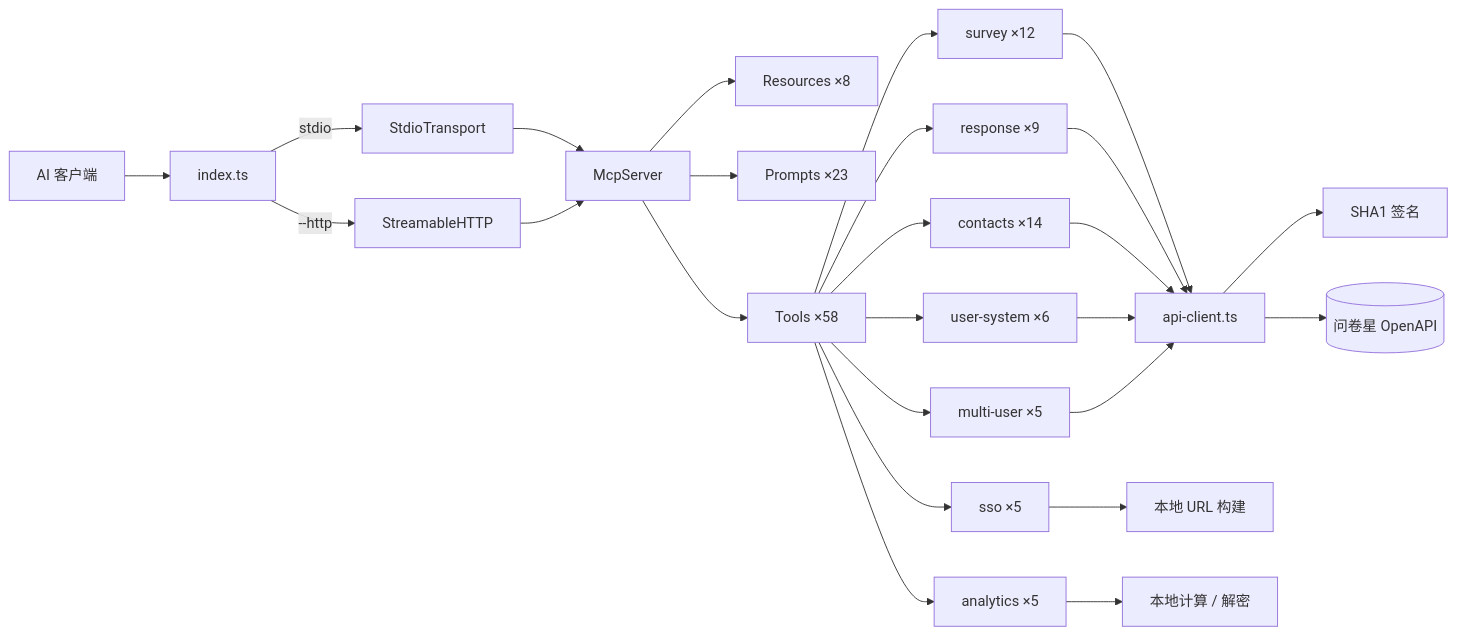
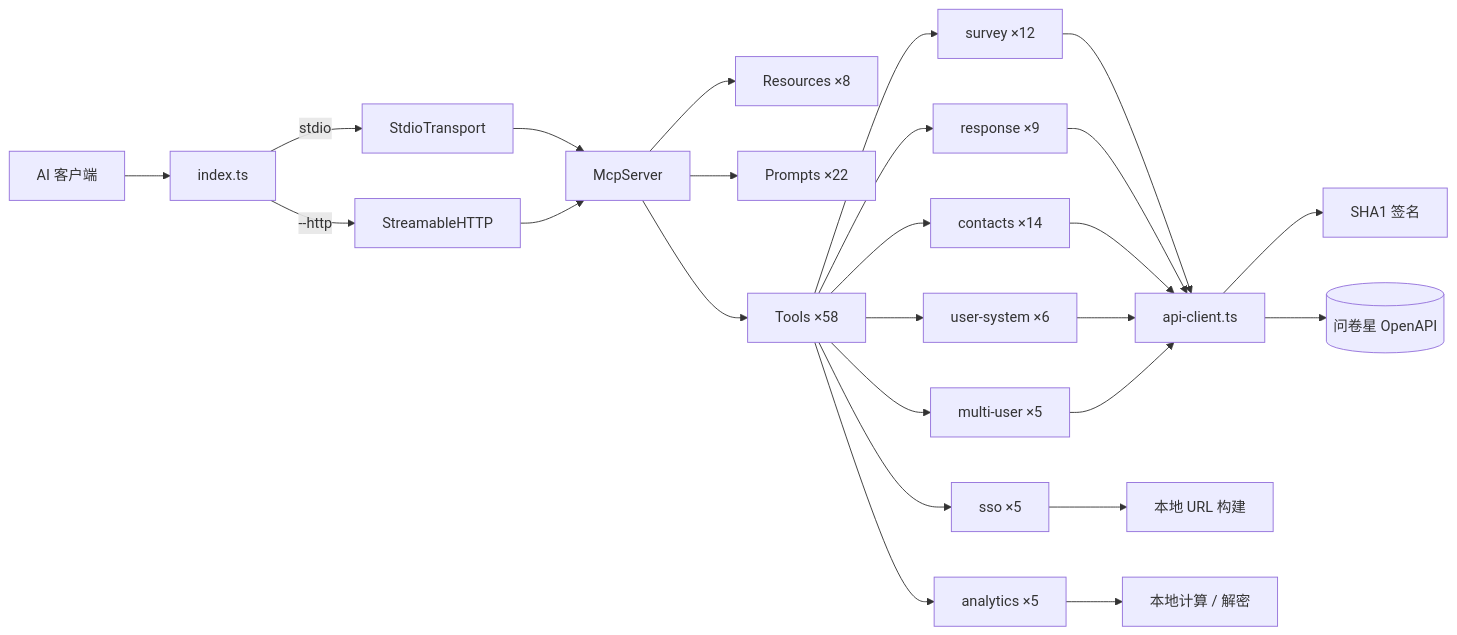
The diagram in wjx-mcp-server/README.md (wjxcom/wjx-ai-kit), drawn with Mermaid before and after one commit. The commit also changed other lines of this file and 13 other files, not shown here.

````diff
--- a/wjx-mcp-server/README.md
+++ b/wjx-mcp-server/README.md
@@ -52,28 +52,28 @@
 ```mermaid
 flowchart LR
     Client[AI 客户端] --> Entry[index.ts]
     Entry --> |stdio| STDIO[StdioTransport]
     Entry --> |--http| HTTP[StreamableHTTP]
 
     STDIO --> Server[McpServer]
     HTTP --> Server
 
     Server --> R[Resources ×8]
-    Server --> P[Prompts ×23]
+    Server --> P[Prompts ×22]
     Server --> Tools[Tools ×58]
 
     Tools --> S1[survey ×12]
     Tools --> S2[response ×9]
     Tools --> S3[contacts ×14]
     Tools --> S4[sso ×5]
     Tools --> S5[user-system ×6]
     Tools --> S6[multi-user ×5]
     Tools --> S7[analytics ×5]
 
     S1 & S2 & S3 & S5 & S6 --> API[api-client.ts]
     API --> Sign[SHA1 签名]
     API --> WJX[(问卷星 OpenAPI)]
 
     S4 --> URL[本地 URL 构建]
     S7 --> Calc[本地计算 / 解密]
 ```
````
